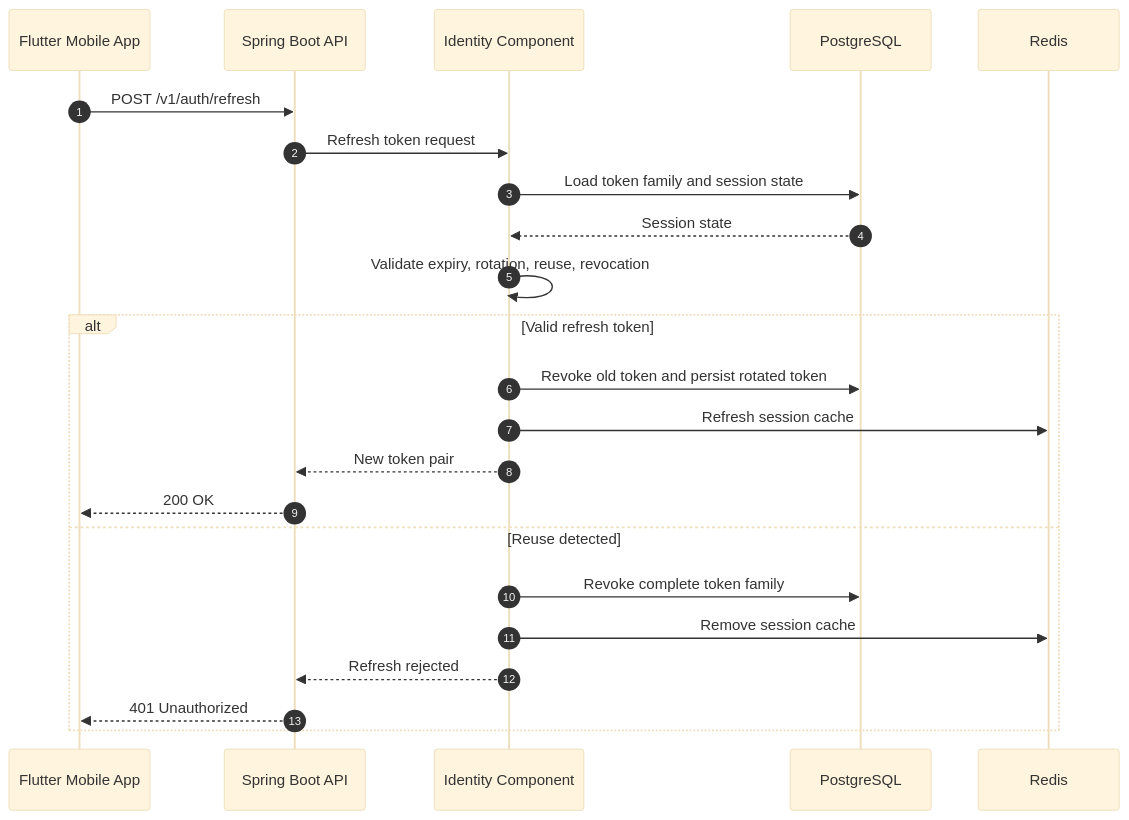
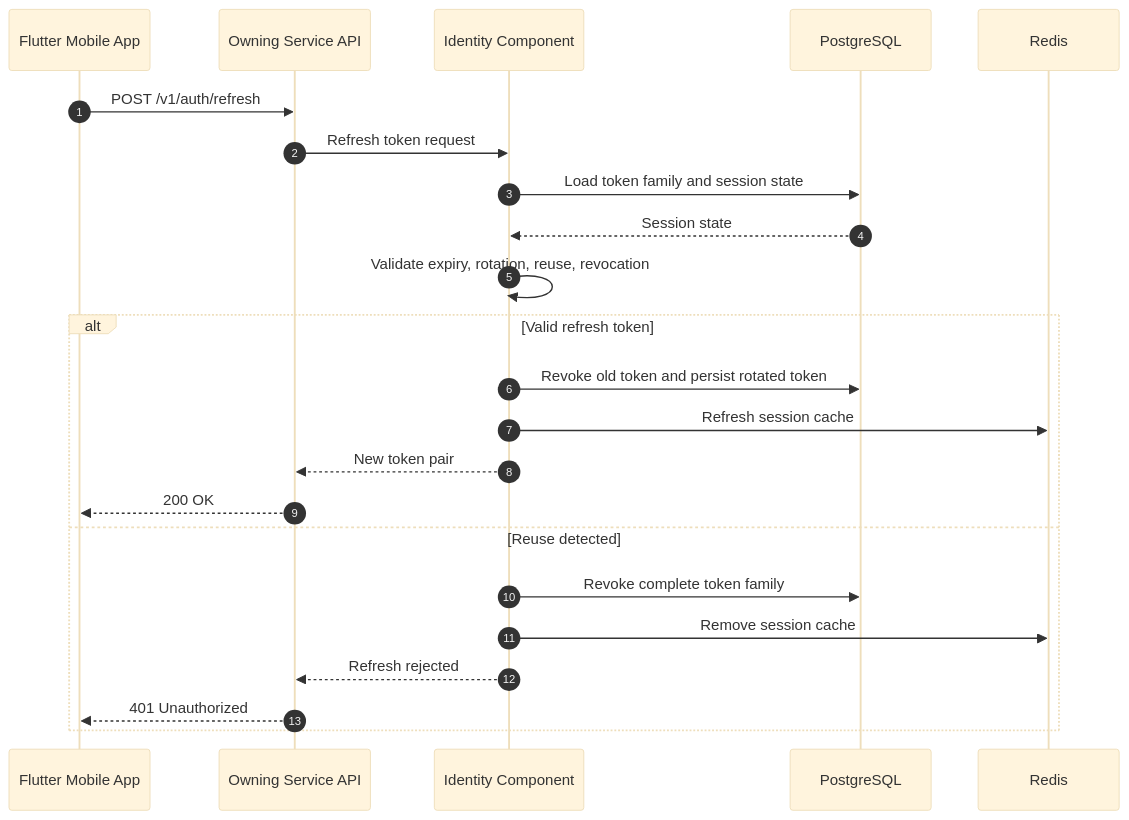
Before and after one commit to IoanMarian08/KidsAudioBookPlatform: the second of 13 diagrams in docs/03_Architecture/C4_Model/06_Runtime_Views.md, drawn with Mermaid (base theme). The commit also changed other lines of this file and 2 other files, not shown here.

````diff
--- a/docs/03_Architecture/C4_Model/06_Runtime_Views.md
+++ b/docs/03_Architecture/C4_Model/06_Runtime_Views.md
@@ -94,26 +94,26 @@
 ```mermaid
 sequenceDiagram
     autonumber
     participant Mobile as Flutter Mobile App
-    participant API as Spring Boot API
+    participant API as Owning Service API
     participant Identity as Identity Component
     participant DB as PostgreSQL
     participant Redis as Redis
 
     Mobile->>API: POST /v1/auth/refresh
     API->>Identity: Refresh token request
     Identity->>DB: Load token family and session state
     DB-->>Identity: Session state
     Identity->>Identity: Validate expiry, rotation, reuse, revocation
     alt Valid refresh token
         Identity->>DB: Revoke old token and persist rotated token
         Identity->>Redis: Refresh session cache
         Identity-->>API: New token pair
         API-->>Mobile: 200 OK
     else Reuse detected
         Identity->>DB: Revoke complete token family
         Identity->>Redis: Remove session cache
         Identity-->>API: Refresh rejected
         API-->>Mobile: 401 Unauthorized
     end
 ```
````
